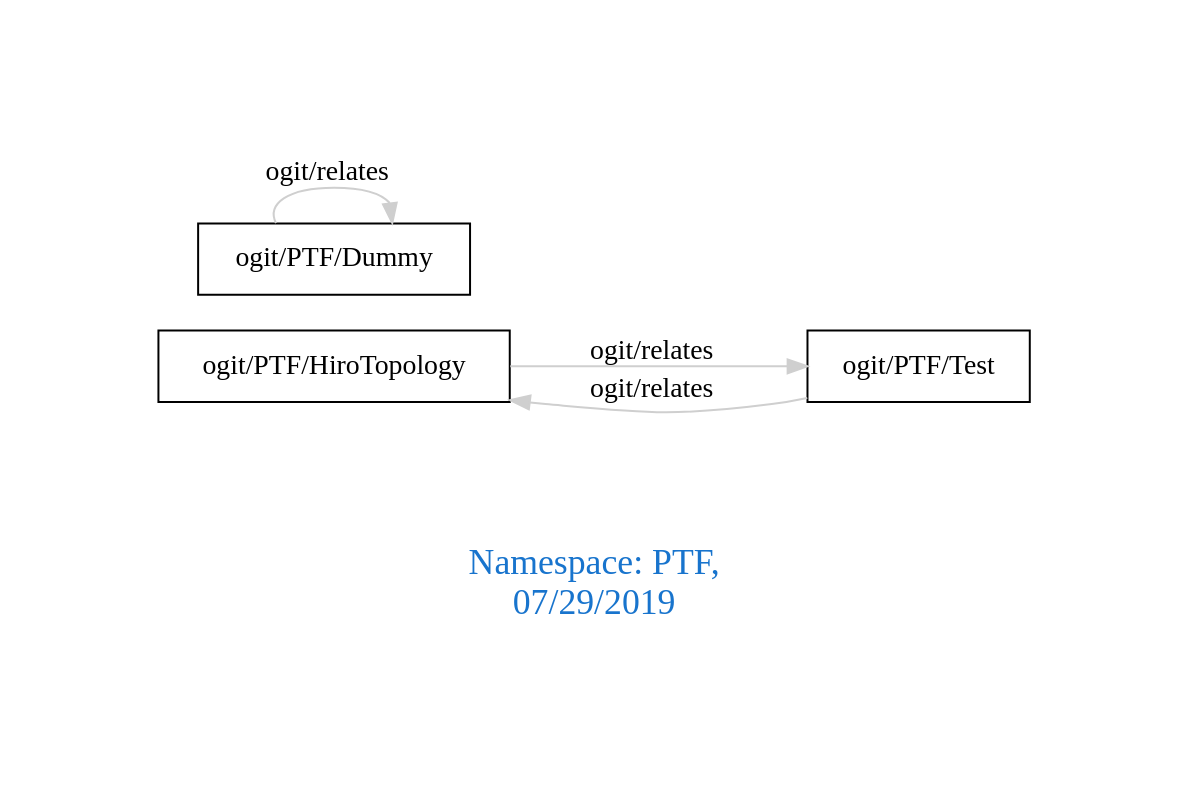
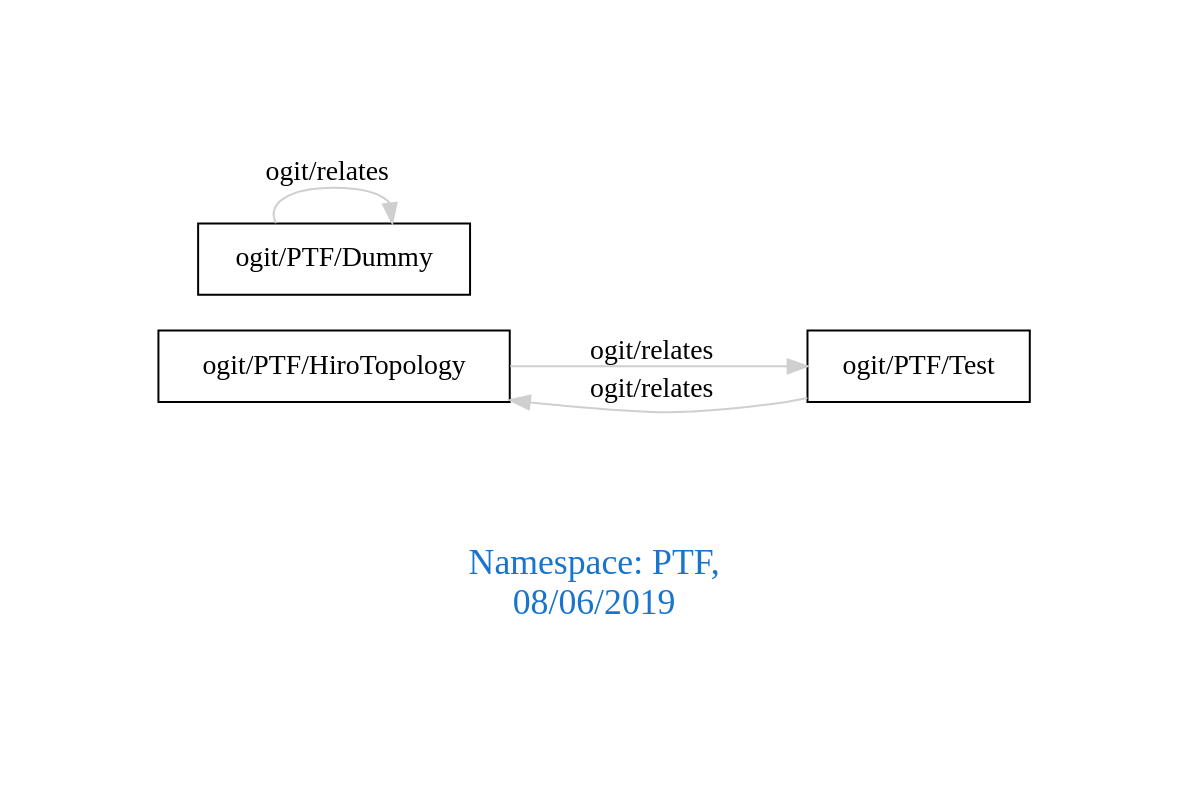
Before and after one commit to arago/OGIT: the diagram in downloads/PTF.dot, drawn with Graphviz. The commit also changed 1471 other files, not shown here.

```diff
--- a/downloads/PTF.dot
+++ b/downloads/PTF.dot
@@ -1,11 +1,11 @@
 digraph OGIT_ontology {
  graph [ rankdir= LR,pad=1 
 fontsize = 18,
-fontcolor= dodgerblue3,label = "\n\n\nNamespace: PTF, \n 07/29/2019"];
+fontcolor= dodgerblue3,label = "\n\n\nNamespace: PTF, \n 08/06/2019"];
 node[shape=polygon];
 edge [  color="gray81"];
 
    "ogit/PTF/HiroTopology" -> "ogit/PTF/Test" [label="   ogit/relates    "];
    "ogit/PTF/Test" -> "ogit/PTF/HiroTopology" [label="   ogit/relates    "];
    "ogit/PTF/Dummy" -> "ogit/PTF/Dummy" [label="   ogit/relates    "];
 }
```
